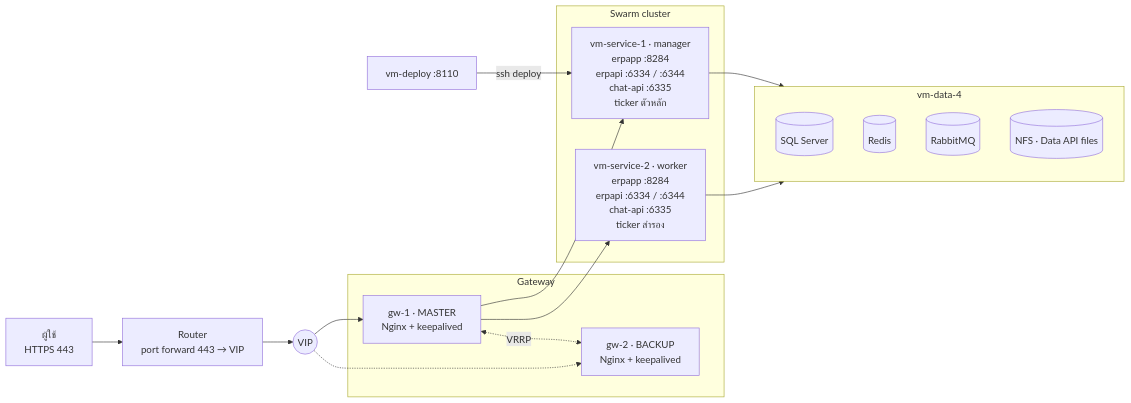
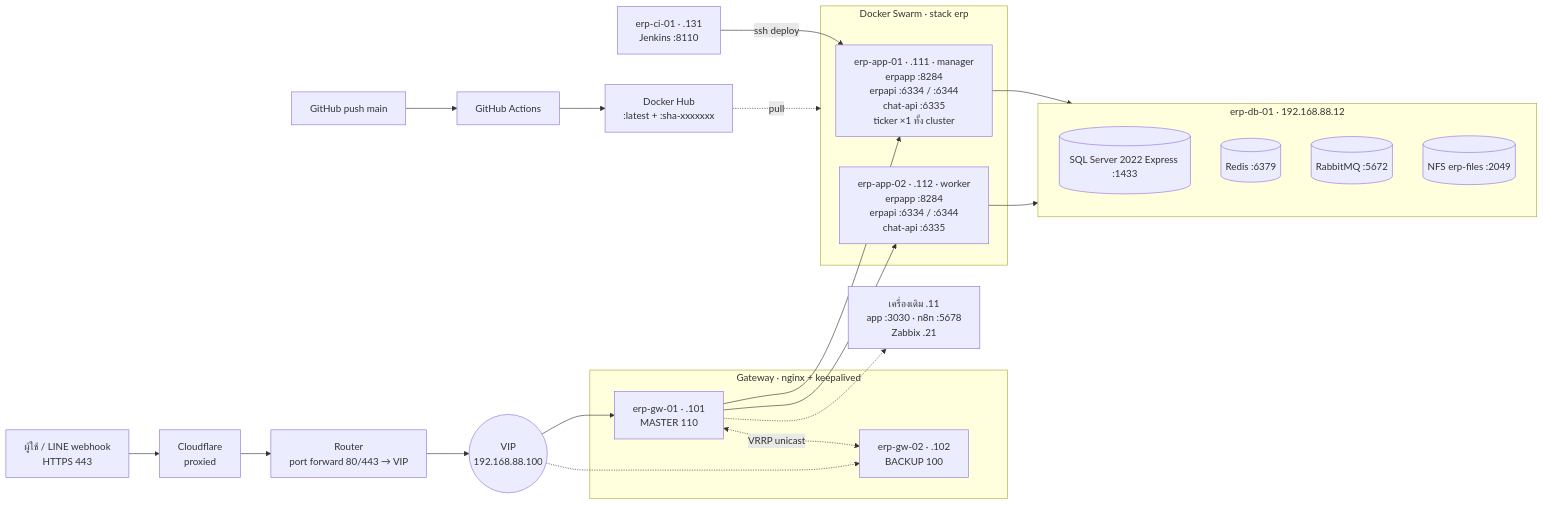
One commit to brambroza/erp-infra changed the diagram in docs/architecture.md. Above: the diagram before and after it, drawn with Mermaid. The commit also changed other lines of this file and 21 other files, not shown here.

First line of the commit message:
docs: redraw diagram with real hosts, IPs and CI/CD flow

````diff
--- a/docs/architecture.md
+++ b/docs/architecture.md
@@ -9,27 +9,30 @@
 ```mermaid
 flowchart LR
-    U[ผู้ใช้<br/>HTTPS 443] --> R[Router<br/>port forward 443 → VIP]
-    R --> VIP((VIP))
-    subgraph GW[Gateway]
-        G1[gw-1 · MASTER<br/>Nginx + keepalived]
-        G5[gw-2 · BACKUP<br/>Nginx + keepalived]
-        G1 <-. VRRP .-> G5
+    U[ผู้ใช้ / LINE webhook<br/>HTTPS 443] --> CF[Cloudflare<br/>proxied] --> R[Router<br/>port forward 80/443 → VIP]
+    R --> VIP((VIP<br/>192.168.88.100))
+    subgraph GW[Gateway · nginx + keepalived]
+        G1[erp-gw-01 · .101<br/>MASTER 110]
+        G2[erp-gw-02 · .102<br/>BACKUP 100]
+        G1 <-. VRRP unicast .-> G2
     end
     VIP --> G1
-    VIP -.-> G5
-    subgraph SW[Swarm cluster]
-        S1[vm-service-1 · manager<br/>erpapp :8284<br/>erpapi :6334 / :6344<br/>chat-api :6335<br/>ticker ตัวหลัก]
-        S2[vm-service-2 · worker<br/>erpapp :8284<br/>erpapi :6334 / :6344<br/>chat-api :6335<br/>ticker สำรอง]
+    VIP -.-> G2
+    subgraph SW[Docker Swarm · stack erp]
+        S1[erp-app-01 · .111 · manager<br/>erpapp :8284<br/>erpapi :6334 / :6344<br/>chat-api :6335<br/>ticker ×1 ทั้ง cluster]
+        S2[erp-app-02 · .112 · worker<br/>erpapp :8284<br/>erpapi :6334 / :6344<br/>chat-api :6335]
     end
     G1 --> S1
     G1 --> S2
-    subgraph D[vm-data-4]
-        SQL[(SQL Server)]
-        RD[(Redis)]
-        MQ[(RabbitMQ)]
-        NFS[(NFS · Data API files)]
+    subgraph D[erp-db-01 · 192.168.88.12]
+        SQL[(SQL Server 2022 Express :1433)]
+        RD[(Redis :6379)]
+        MQ[(RabbitMQ :5672)]
+        NFS[(NFS erp-files :2049)]
     end
     S1 --> D
     S2 --> D
-    J[vm-deploy :8110] -- ssh deploy --> S1
+    G1 -.-> L[เครื่องเดิม .11<br/>app :3030 · n8n :5678<br/>Zabbix .21]
+    GH[GitHub push main] --> GA[GitHub Actions] --> DH[Docker Hub<br/>:latest + :sha-xxxxxxx]
+    DH -. pull .-> SW
+    J[erp-ci-01 · .131<br/>Jenkins :8110] -- ssh deploy --> S1
 ```
````
